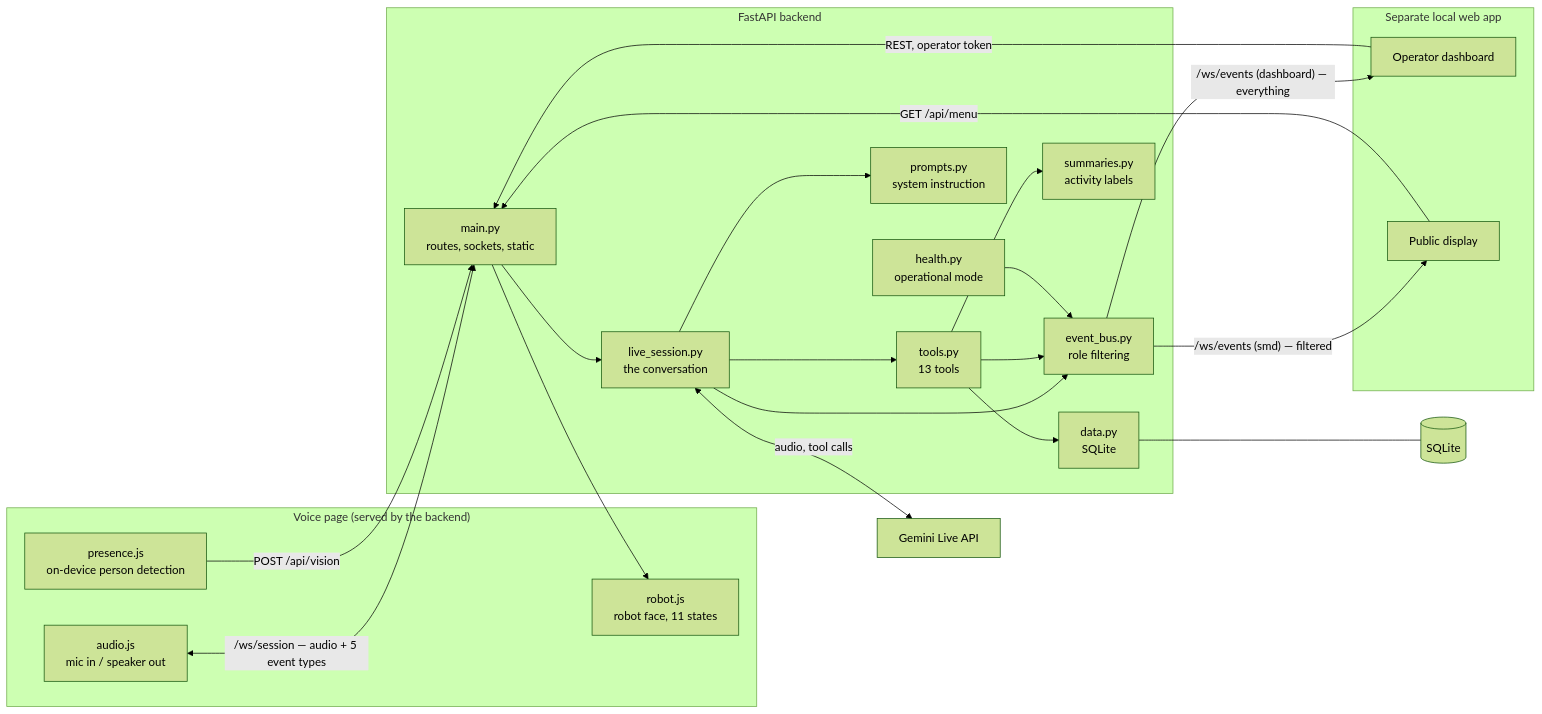
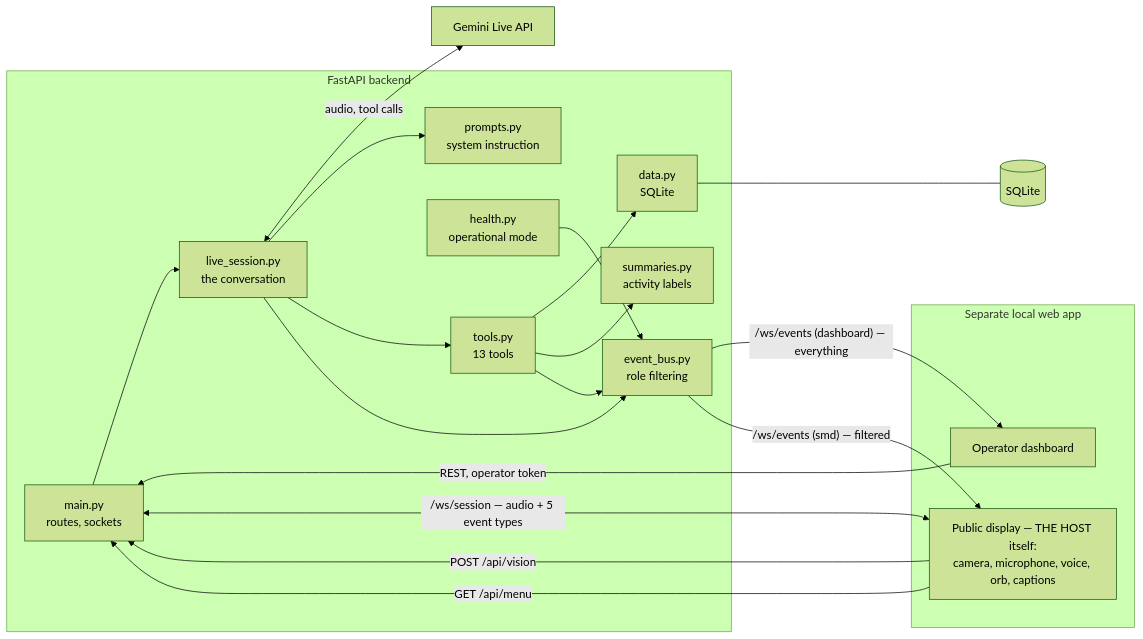
Before and after one commit to Rehman-ayoub333/The_Host: the diagram in README.md, drawn with Mermaid (forest theme). The commit also changed other lines of this file and 21 other files, not shown here.

````diff
--- a/README.md
+++ b/README.md
@@ -49,45 +49,38 @@
 ```mermaid
 flowchart LR
-    subgraph Browser["Voice page (served by the backend)"]
-        PRES["presence.js<br/>on-device person detection"]
-        AUD["audio.js<br/>mic in / speaker out"]
-        ROB["robot.js<br/>robot face, 11 states"]
-    end
-
     subgraph Backend["FastAPI backend"]
-        MAIN["main.py<br/>routes, sockets, static"]
+        MAIN["main.py<br/>routes, sockets"]
         LIVE["live_session.py<br/>the conversation"]
         TOOLS["tools.py<br/>13 tools"]
         BUS["event_bus.py<br/>role filtering"]
         DATA["data.py<br/>SQLite"]
         HEALTH["health.py<br/>operational mode"]
         SUM["summaries.py<br/>activity labels"]
         PROMPT["prompts.py<br/>system instruction"]
     end
 
     GEM["Gemini Live API"]
     DB[("SQLite")]
 
     subgraph Screens["Separate local web app"]
         DASH["Operator dashboard"]
-        SMD["Public display"]
+        SMD["Public display — THE HOST itself:<br/>camera, microphone, voice, orb, captions"]
     end
 
-    AUD <-->|"/ws/session — audio + 5 event types"| MAIN
-    PRES -->|"POST /api/vision"| MAIN
+    SMD <-->|"/ws/session — audio + 5 event types"| MAIN
+    SMD -->|"POST /api/vision"| MAIN
     MAIN --> LIVE
     LIVE <-->|audio, tool calls| GEM
     LIVE --> PROMPT
     LIVE --> TOOLS
     TOOLS --> DATA
     TOOLS --> SUM
     LIVE --> BUS
     TOOLS --> BUS
     HEALTH --> BUS
     DATA --- DB
     BUS -->|"/ws/events (dashboard) — everything"| DASH
     BUS -->|"/ws/events (smd) — filtered"| SMD
     DASH -->|"REST, operator token"| MAIN
     SMD -->|"GET /api/menu"| MAIN
-    MAIN --> ROB
 ```
````
